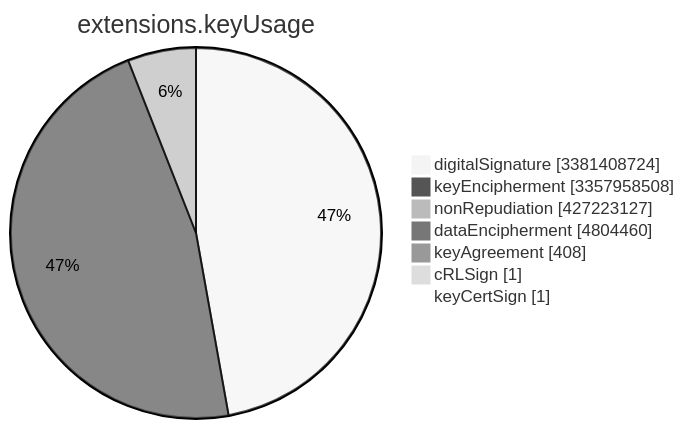
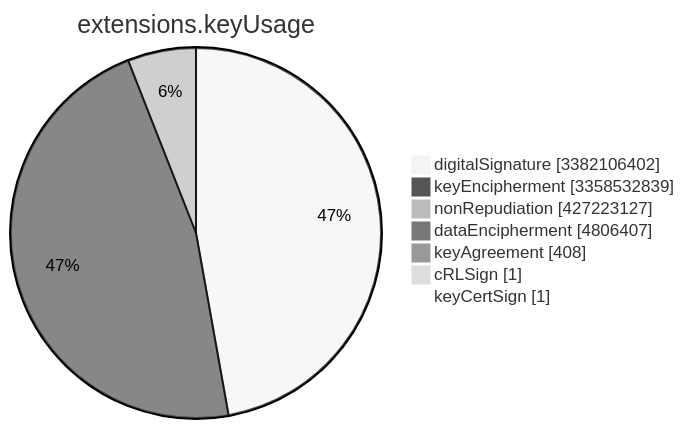
One commit to christiankrug/ctmonitor_visualization changed the sixth of 15 diagrams in TOTAL/README.md. Above: the diagram before and after it, drawn with Mermaid (neutral theme). The commit also changed other lines of this file, not shown here.

````diff
--- a/TOTAL/README.md
+++ b/TOTAL/README.md
@@ -3080,11 +3080,11 @@
 ```mermaid
 pie showData
 title extensions.keyUsage
-"digitalSignature" :3381408724
-"keyEncipherment" :3357958508
+"digitalSignature" :3382106402
+"keyEncipherment" :3358532839
 "nonRepudiation" :427223127
-"dataEncipherment" :4804460
+"dataEncipherment" :4806407
 "keyAgreement" :408
 "cRLSign" :1
 "keyCertSign" :1
 ```
````
